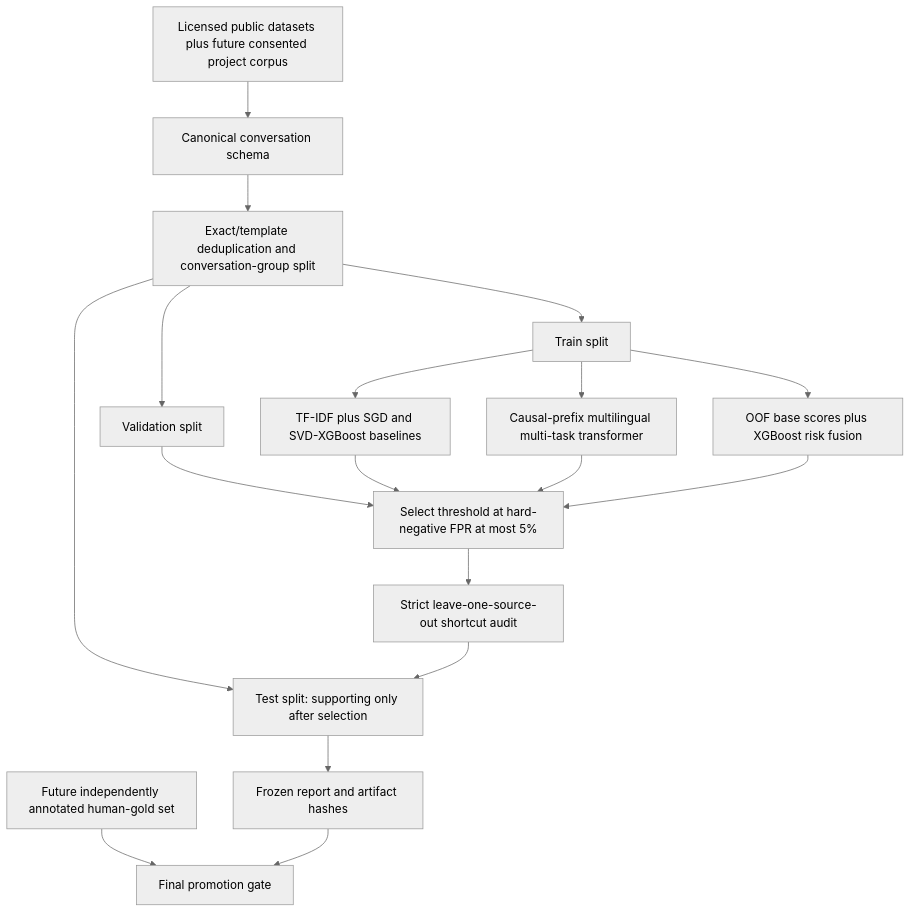
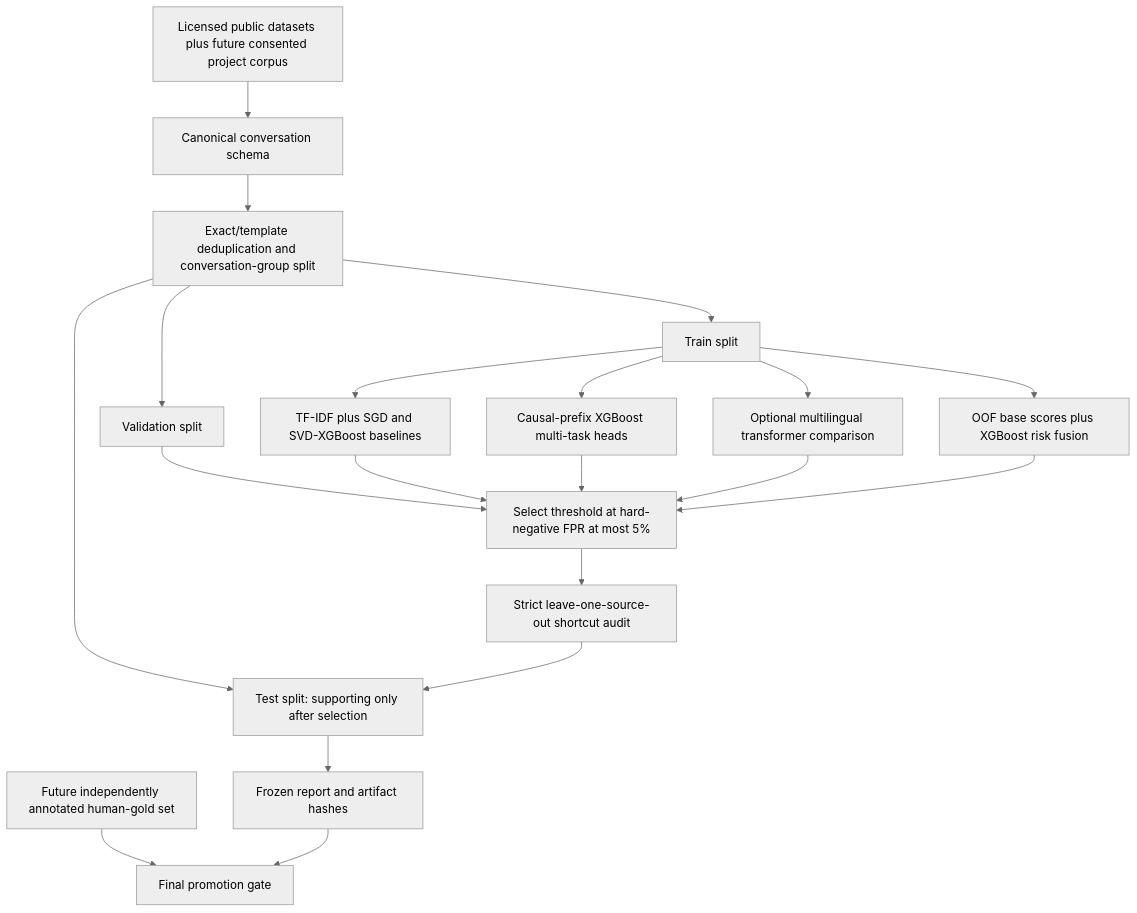
One commit to Palak24Ol/ArrestShield changed the second of 2 diagrams in docs/ARCHITECTURE.md. Above: the diagram before and after it, drawn with Mermaid (neutral theme). The commit also changed other lines of this file and 18 other files, not shown here.

````diff
--- a/docs/ARCHITECTURE.md
+++ b/docs/ARCHITECTURE.md
@@ -33,20 +33,22 @@
 ```mermaid
 flowchart TD
     A["Licensed public datasets plus future consented project corpus"] --> B["Canonical conversation schema"]
     B --> C["Exact/template deduplication and conversation-group split"]
     C --> D["Train split"]
     C --> E["Validation split"]
     C --> F["Test split: supporting only after selection"]
     D --> G["TF-IDF plus SGD and SVD-XGBoost baselines"]
-    D --> H["Causal-prefix multilingual multi-task transformer"]
+    D --> H["Causal-prefix XGBoost multi-task heads"]
+    D --> P["Optional multilingual transformer comparison"]
     D --> I["OOF base scores plus XGBoost risk fusion"]
     E --> J["Select threshold at hard-negative FPR at most 5%"]
     G --> J
     H --> J
+    P --> J
     I --> J
     J --> K["Strict leave-one-source-out shortcut audit"]
     K --> F
     F --> L["Frozen report and artifact hashes"]
     M["Future independently annotated human-gold set"] --> N["Final promotion gate"]
     L --> N
 ```
````
